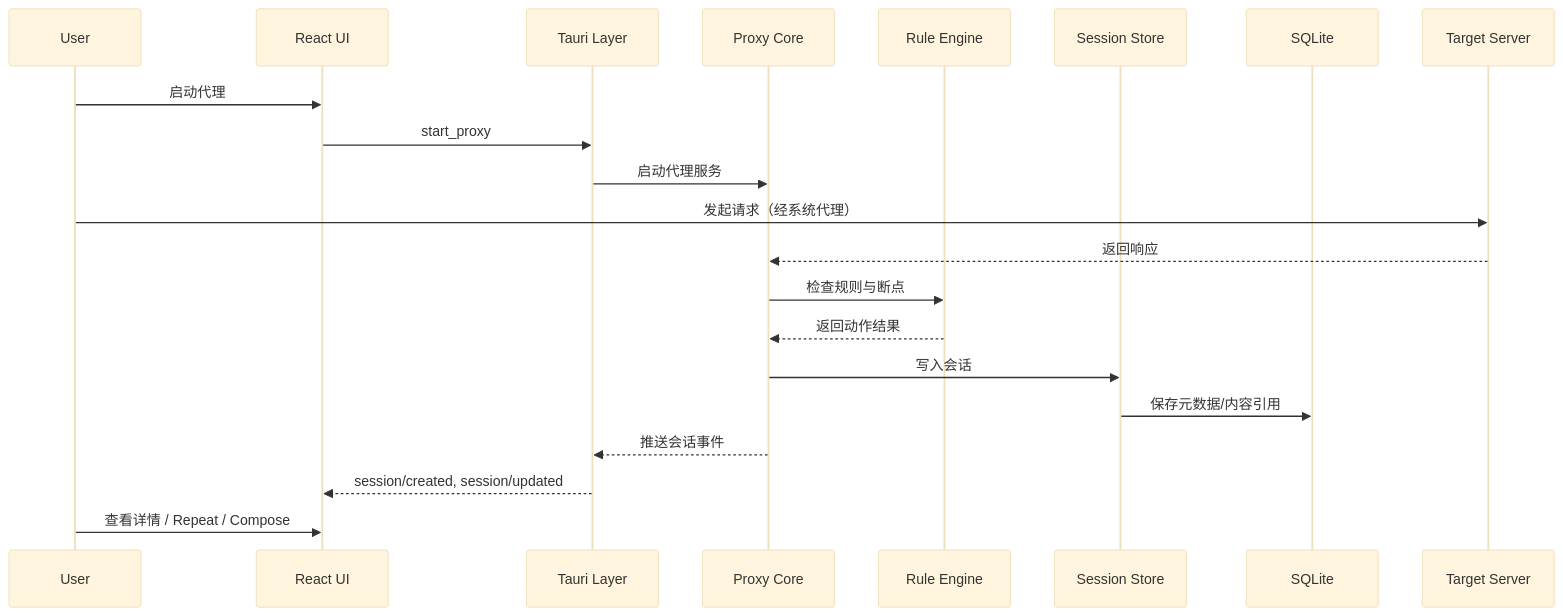
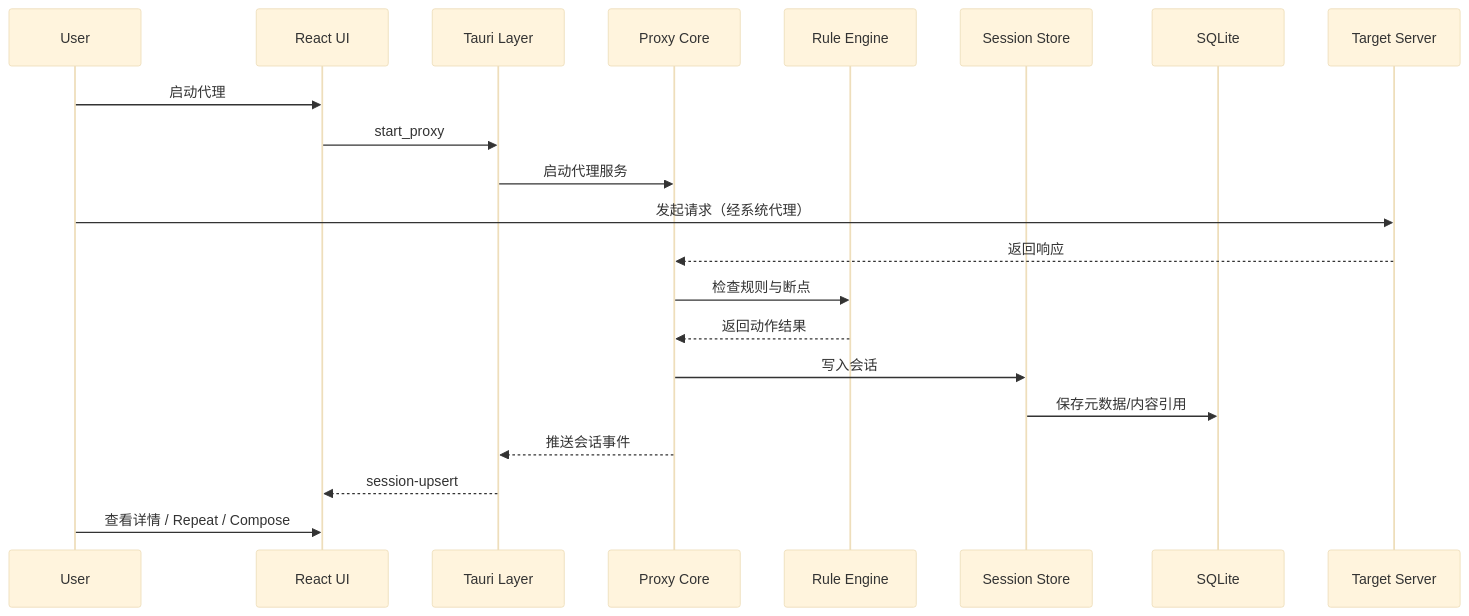
One commit to small-dream/AIProxy changed the second of 3 diagrams in docs/ARCHITECTURE.md. Above: the diagram before and after it, drawn with Mermaid (base theme). The commit also changed other lines of this file and 8 other files, not shown here.

Commit message:
session-upsert 事件瘦身

````diff
--- a/docs/ARCHITECTURE.md
+++ b/docs/ARCHITECTURE.md
@@ -348,24 +347,24 @@
 ```mermaid
 sequenceDiagram
     participant U as User
     participant UI as React UI
     participant T as Tauri Layer
     participant P as Proxy Core
     participant R as Rule Engine
     participant S as Session Store
     participant DB as SQLite
     participant API as Target Server
 
     U->>UI: 启动代理
     UI->>T: start_proxy
     T->>P: 启动代理服务
     U->>API: 发起请求（经系统代理）
     API-->>P: 返回响应
     P->>R: 检查规则与断点
     R-->>P: 返回动作结果
     P->>S: 写入会话
     S->>DB: 保存元数据/内容引用
     P-->>T: 推送会话事件
-    T-->>UI: session/created, session/updated
+    T-->>UI: session-upsert
     U->>UI: 查看详情 / Repeat / Compose
 ```
````
